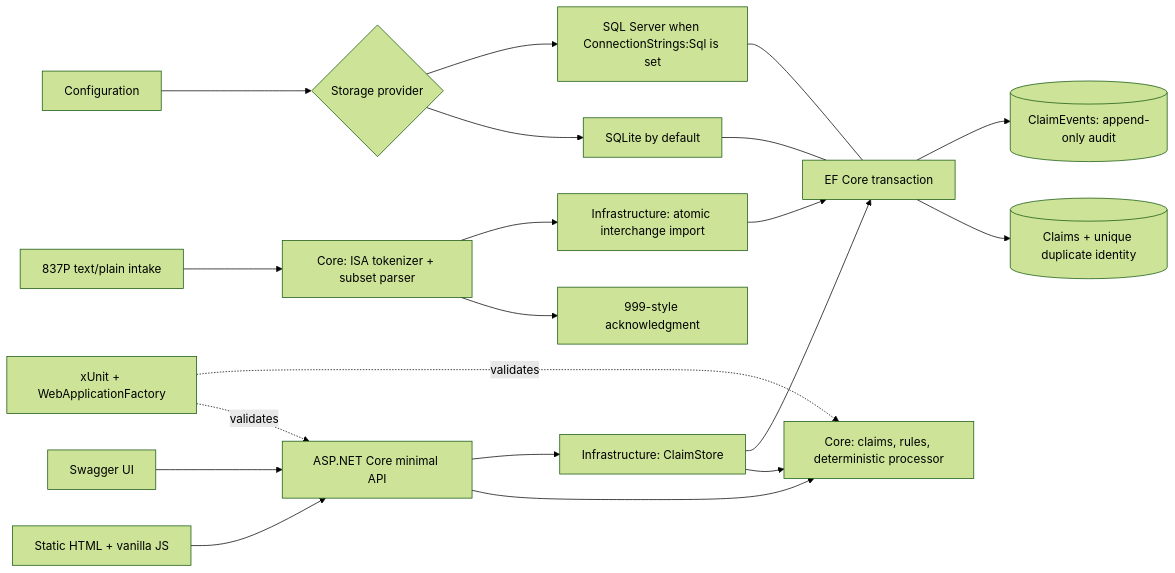
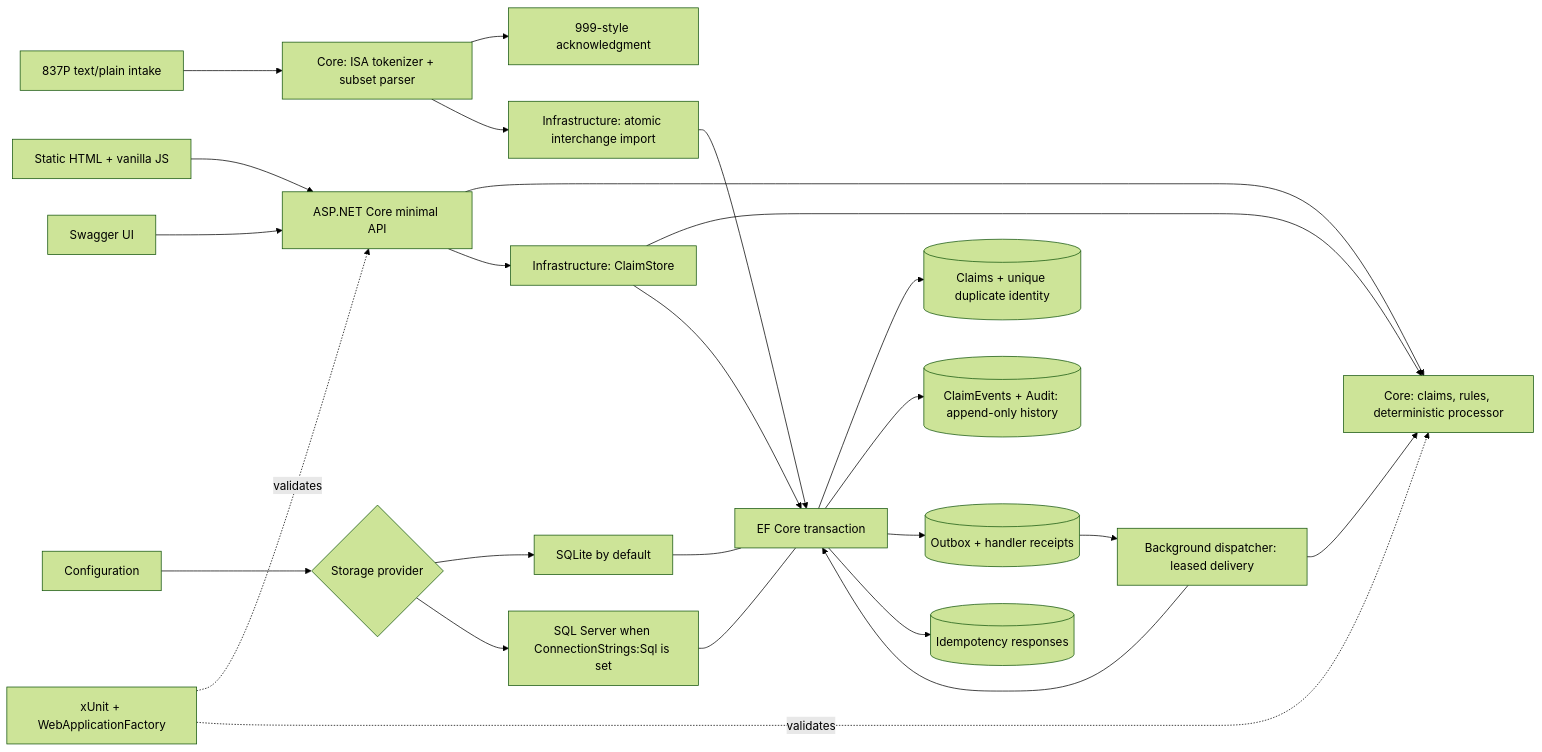
Before and after one commit to Abhyudaya01/medibridge: the diagram in README.md, drawn with Mermaid (forest theme). The commit also changed other lines of this file and 47 other files, not shown here.

First line of the commit message:
Chunk 1b: add durable retries, idempotency, and outbox (#2)

````diff
--- a/README.md
+++ b/README.md
@@ -40,22 +47,27 @@
 ```mermaid
 flowchart LR
     Browser[Static HTML + vanilla JS] --> API[ASP.NET Core minimal API]
     Swagger[Swagger UI] --> API
     X12[837P text/plain intake] --> Parser[Core: ISA tokenizer + subset parser]
     Parser --> Ack[999-style acknowledgment]
     Parser --> Batch[Infrastructure: atomic interchange import]
     Batch --> EF
     API --> Core[Core: claims, rules, deterministic processor]
     API --> Store[Infrastructure: ClaimStore]
     Store --> Core
     Store --> EF[EF Core transaction]
     EF --> Claims[(Claims + unique duplicate identity)]
-    EF --> Events[(ClaimEvents: append-only audit)]
+    EF --> Events[(ClaimEvents + Audit: append-only history)]
+    EF --> Outbox[(Outbox + handler receipts)]
+    EF --> Keys[(Idempotency responses)]
+    Outbox --> Worker[Background dispatcher: leased delivery]
+    Worker --> Core
+    Worker --> EF
     Config[Configuration] --> Provider{Storage provider}
     Provider --> SQLite[SQLite by default]
     Provider --> SQL[SQL Server when ConnectionStrings:Sql is set]
     SQLite --- EF
     SQL --- EF
     Tests[xUnit + WebApplicationFactory] -. validates .-> API
     Tests -. validates .-> Core
 ```
````
